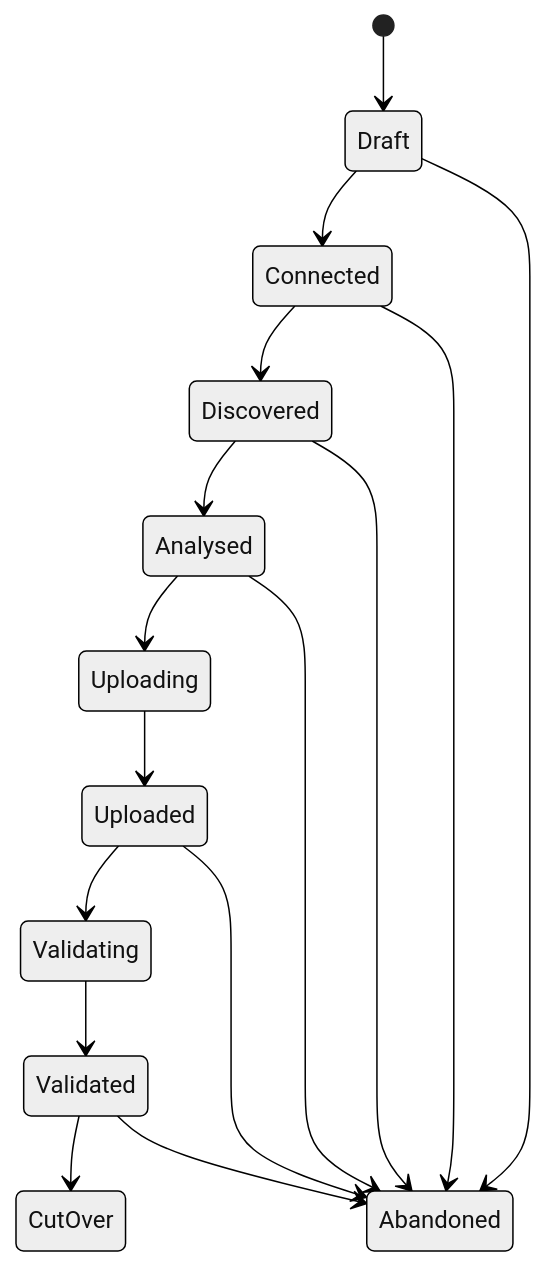
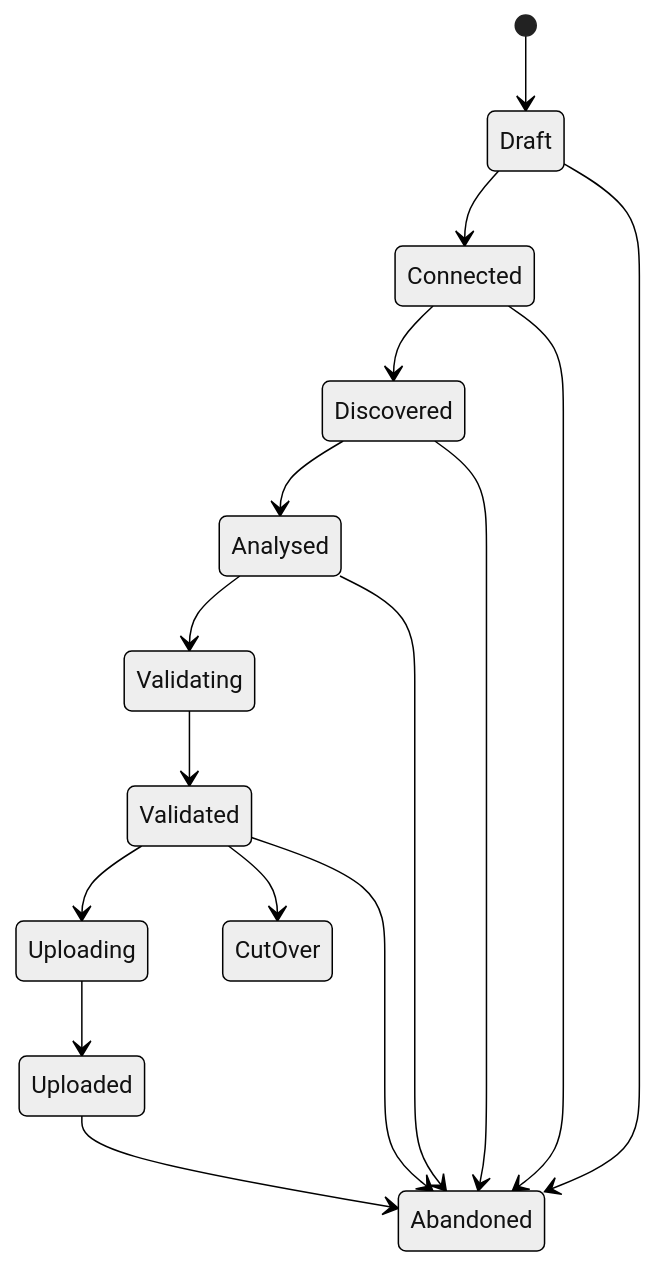
One commit to Manoranjan2206/Bold-Migrate changed the third of 4 diagrams in docs/application-spec.md. Above: the diagram before and after it, drawn with Mermaid (neutral theme). The commit also changed other lines of this file and 20 other files, not shown here.

````diff
--- a/docs/application-spec.md
+++ b/docs/application-spec.md
@@ -121,18 +121,18 @@
 ```mermaid
 stateDiagram-v2
     [*] --> Draft
     Draft --> Connected
     Connected --> Discovered
     Discovered --> Analysed
-    Analysed --> Uploading
+    Analysed --> Validating
+    Validating --> Validated
+    Validated --> Uploading
     Uploading --> Uploaded
-    Uploaded --> Validating
-    Validating --> Validated
     Validated --> CutOver
     Draft --> Abandoned
     Connected --> Abandoned
     Discovered --> Abandoned
     Analysed --> Abandoned
     Uploaded --> Abandoned
     Validated --> Abandoned
 ```
````
